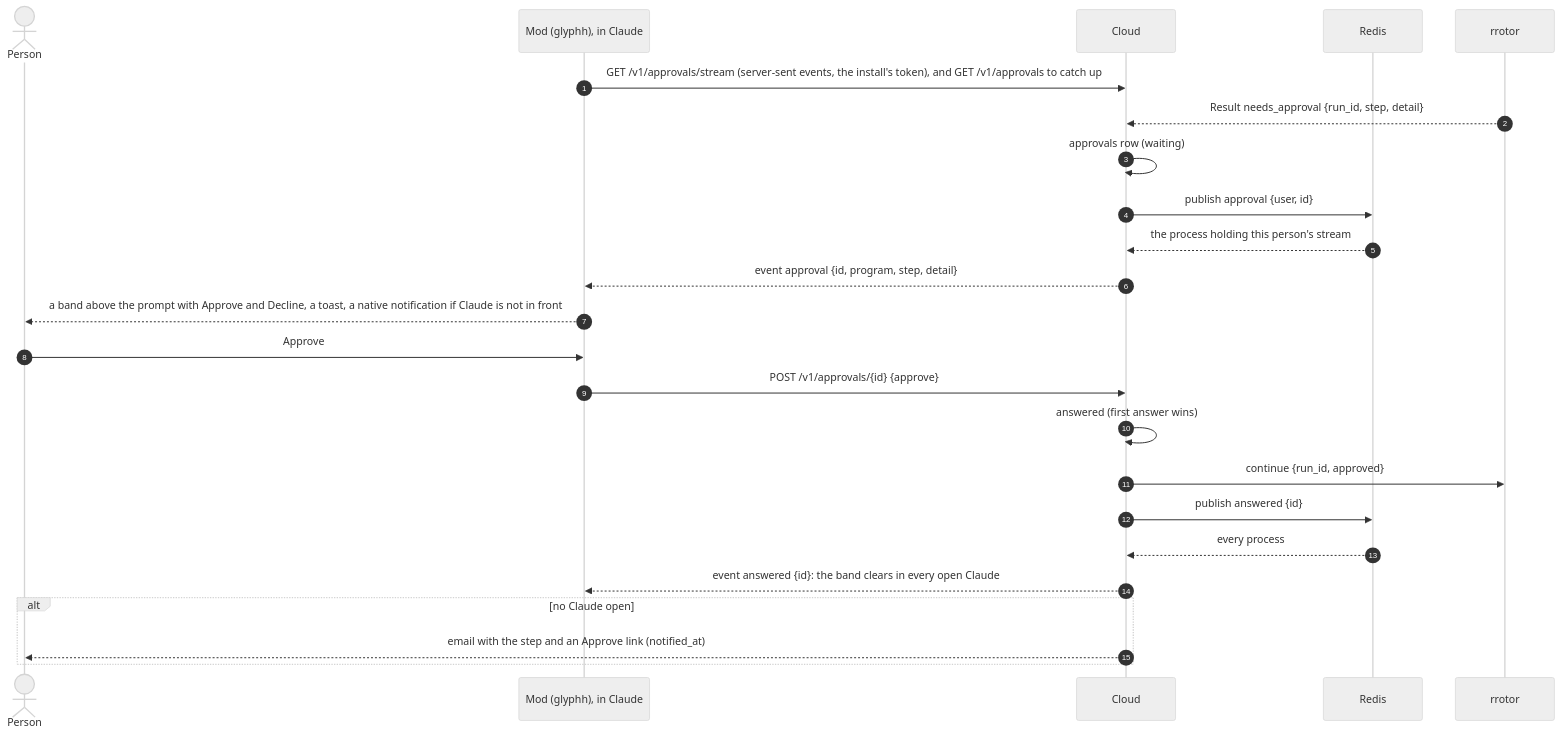
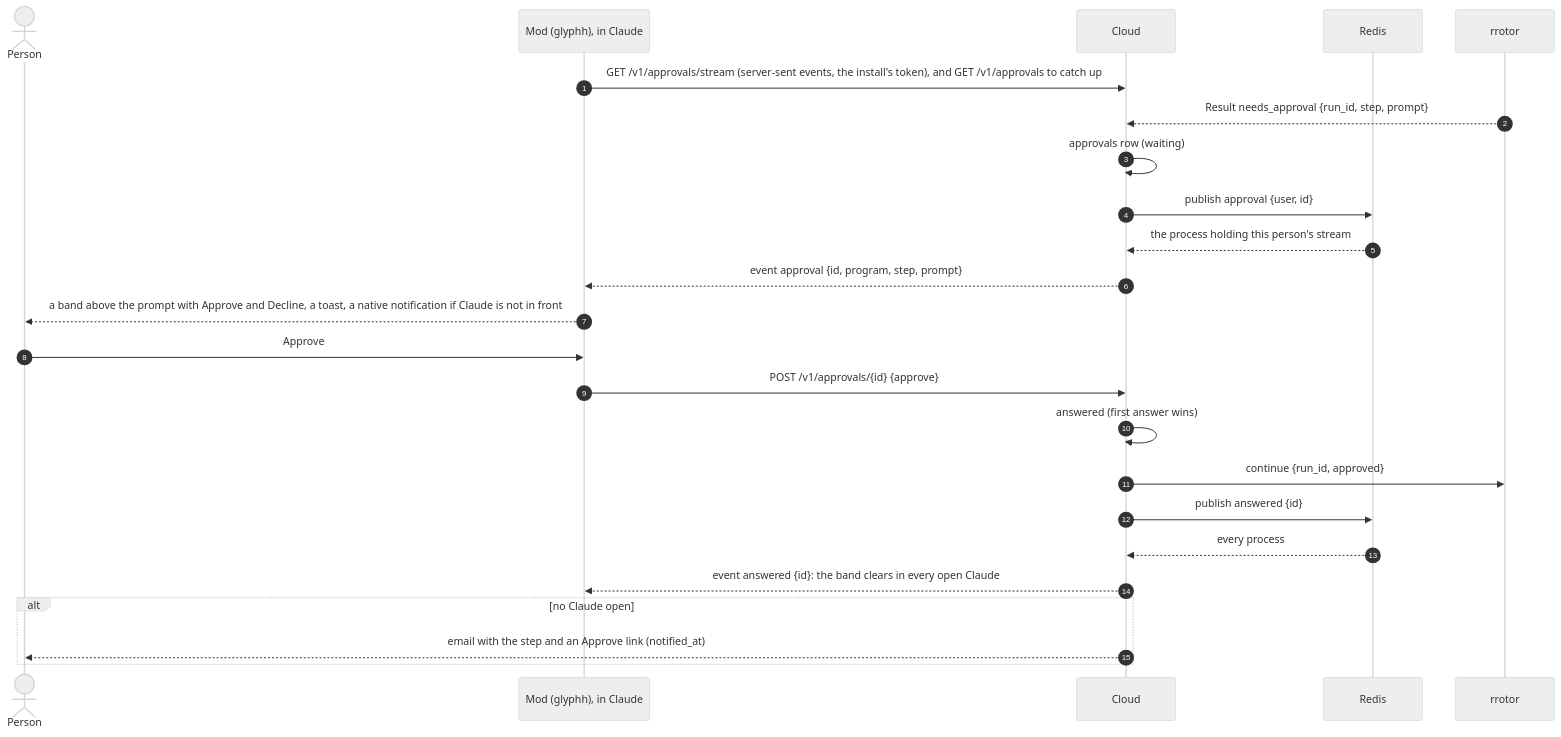
The tenth of 13 diagrams in docs/architecture.md (glyphh-ai/rrotor), drawn with Mermaid (neutral theme) before and after one commit.

Commit message:
Architecture: an approval's text is its prompt, as the server's table names it

````diff
--- a/docs/architecture.md
+++ b/docs/architecture.md
@@ -354,26 +354,26 @@
 ```mermaid
 sequenceDiagram
     autonumber
     actor P as Person
     participant M as Mod (glyphh), in Claude
     participant G as Cloud
     participant Q as Redis
     participant H as rrotor
     M->>G: GET /v1/approvals/stream (server-sent events, the install's token), and GET /v1/approvals to catch up
-    H-->>G: Result needs_approval {run_id, step, detail}
+    H-->>G: Result needs_approval {run_id, step, prompt}
     G->>G: approvals row (waiting)
     G->>Q: publish approval {user, id}
     Q-->>G: the process holding this person's stream
-    G-->>M: event approval {id, program, step, detail}
+    G-->>M: event approval {id, program, step, prompt}
     M-->>P: a band above the prompt with Approve and Decline, a toast, a native notification if Claude is not in front
     P->>M: Approve
     M->>G: POST /v1/approvals/{id} {approve}
     G->>G: answered (first answer wins)
     G->>H: continue {run_id, approved}
     G->>Q: publish answered {id}
     Q-->>G: every process
     G-->>M: event answered {id}: the band clears in every open Claude
     alt no Claude open
         G-->>P: email with the step and an Approve link (notified_at)
     end
 ```
````
